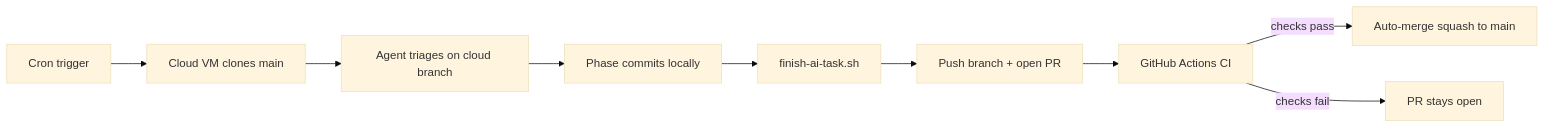
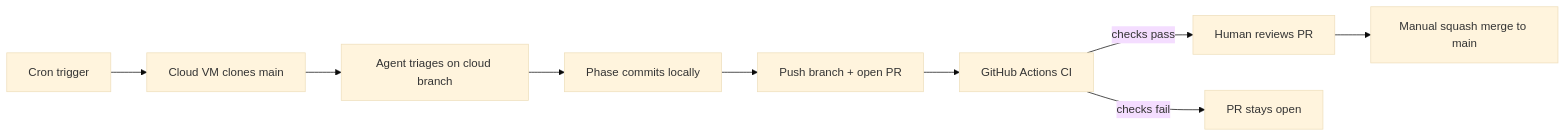
Before and after one commit to cyberpeacemaker/blog: the diagram in 04-Dev-Environment/Git/pr-auto-merge-github-action.md, drawn with Mermaid (base theme). The commit also changed other lines of this file and 11 other files, not shown here.

````diff
--- a/04-Dev-Environment/Git/pr-auto-merge-github-action.md
+++ b/04-Dev-Environment/Git/pr-auto-merge-github-action.md
@@ -49,11 +49,11 @@
 ```mermaid
 flowchart LR
   cron[Cron trigger] --> cloudVM[Cloud VM clones main]
   cloudVM --> work[Agent triages on cloud branch]
   work --> commit[Phase commits locally]
-  commit --> finish[finish-ai-task.sh]
-  finish --> push[Push branch + open PR]
+  commit --> push[Push branch + open PR]
   push --> ci[GitHub Actions CI]
-  ci -->|checks pass| merge[Auto-merge squash to main]
+  ci -->|checks pass| review[Human reviews PR]
+  review --> merge[Manual squash merge to main]
   ci -->|checks fail| block[PR stays open]
 ```
````
